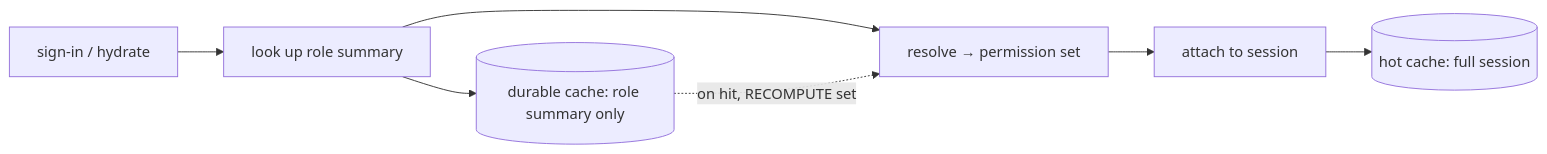
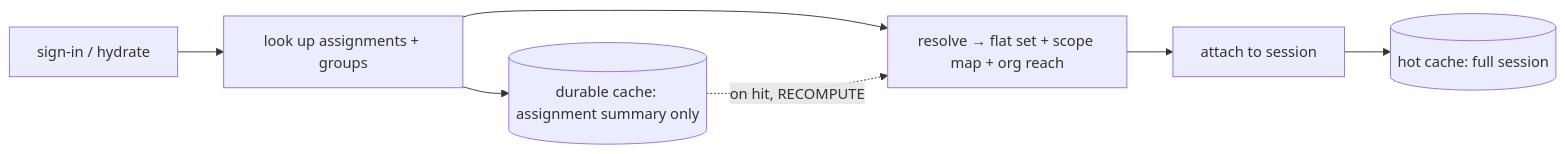
Before and after one commit to Seta-International/agent-platform: the fourth of 4 diagrams in docs/platform/rbac.md, drawn with Mermaid. The commit also changed other lines of this file and 565 other files, not shown here.

First line of the commit message:
refactor(rbac): FUT-378 scoped role assignments + unified scope layer (#295)

````diff
--- a/docs/platform/rbac.md
+++ b/docs/platform/rbac.md
@@ -101,9 +188,9 @@
 ```mermaid
 flowchart LR
-  L[sign-in / hydrate] --> RS[look up role summary]
-  RS --> RES[resolve → permission set]
+  L[sign-in / hydrate] --> RS[look up assignments + groups]
+  RS --> RES[resolve → flat set + scope map + org reach]
   RES --> ATT[attach to session]
   ATT --> HOT[(hot cache: full session)]
-  RS --> DUR[(durable cache: role summary only)]
-  DUR -. on hit, RECOMPUTE set .-> RES
+  RS --> DUR[(durable cache: assignment summary only)]
+  DUR -. on hit, RECOMPUTE .-> RES
 ```
````
